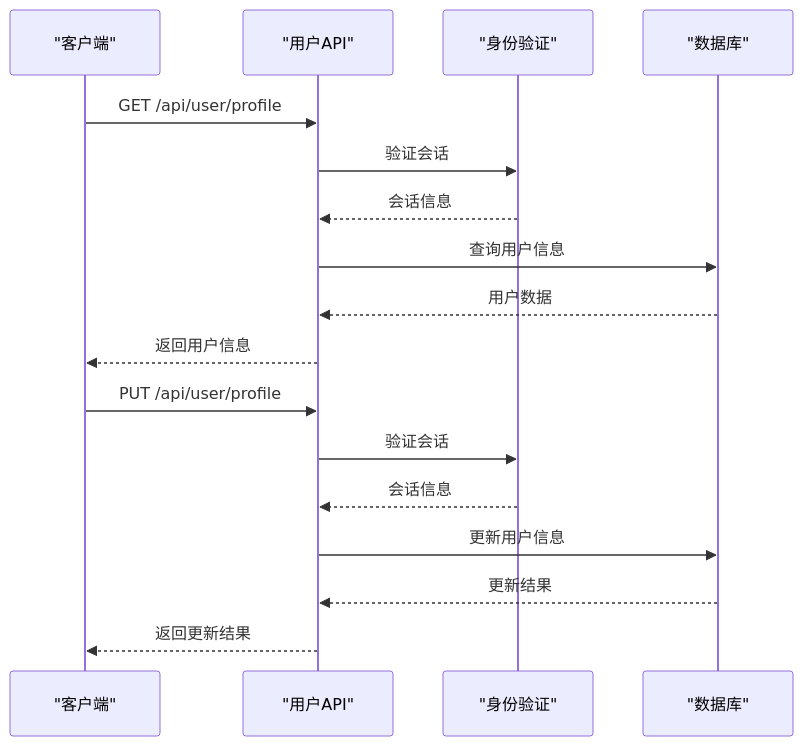
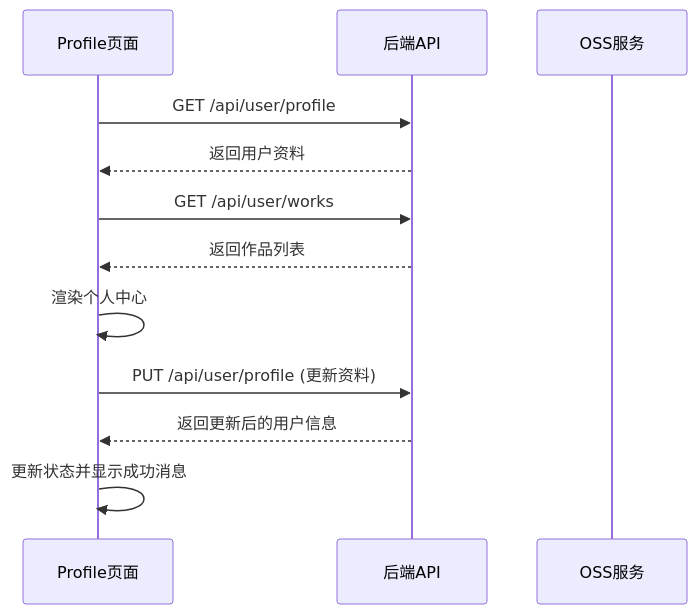
Before and after one commit to Eyre921/yunqi: the diagram in .qoder/repowiki/zh/content/API参考/用户API.md, drawn with Mermaid. The commit also changed other lines of this file and 24 other files, not shown here.

````diff
--- a/.qoder/repowiki/zh/content/API参考/用户API.md
+++ b/.qoder/repowiki/zh/content/API参考/用户API.md
@@ -104,19 +207,14 @@
 ```mermaid
 sequenceDiagram
-participant Client as "客户端"
-participant API as "用户API"
-participant Auth as "身份验证"
-participant DB as "数据库"
-Client->>API : GET /api/user/profile
-API->>Auth : 验证会话
-Auth-->>API : 会话信息
-API->>DB : 查询用户信息
-DB-->>API : 用户数据
-API-->>Client : 返回用户信息
-Client->>API : PUT /api/user/profile
-API->>Auth : 验证会话
-Auth-->>API : 会话信息
-API->>DB : 更新用户信息
-DB-->>API : 更新结果
-API-->>Client : 返回更新结果
+participant ProfilePage as Profile页面
+participant API as 后端API
+participant OSS as OSS服务
+ProfilePage->>API : GET /api/user/profile
+API-->>ProfilePage : 返回用户资料
+ProfilePage->>API : GET /api/user/works
+API-->>ProfilePage : 返回作品列表
+ProfilePage->>ProfilePage : 渲染个人中心
+ProfilePage->>API : PUT /api/user/profile (更新资料)
+API-->>ProfilePage : 返回更新后的用户信息
+ProfilePage->>ProfilePage : 更新状态并显示成功消息
 ```
````
